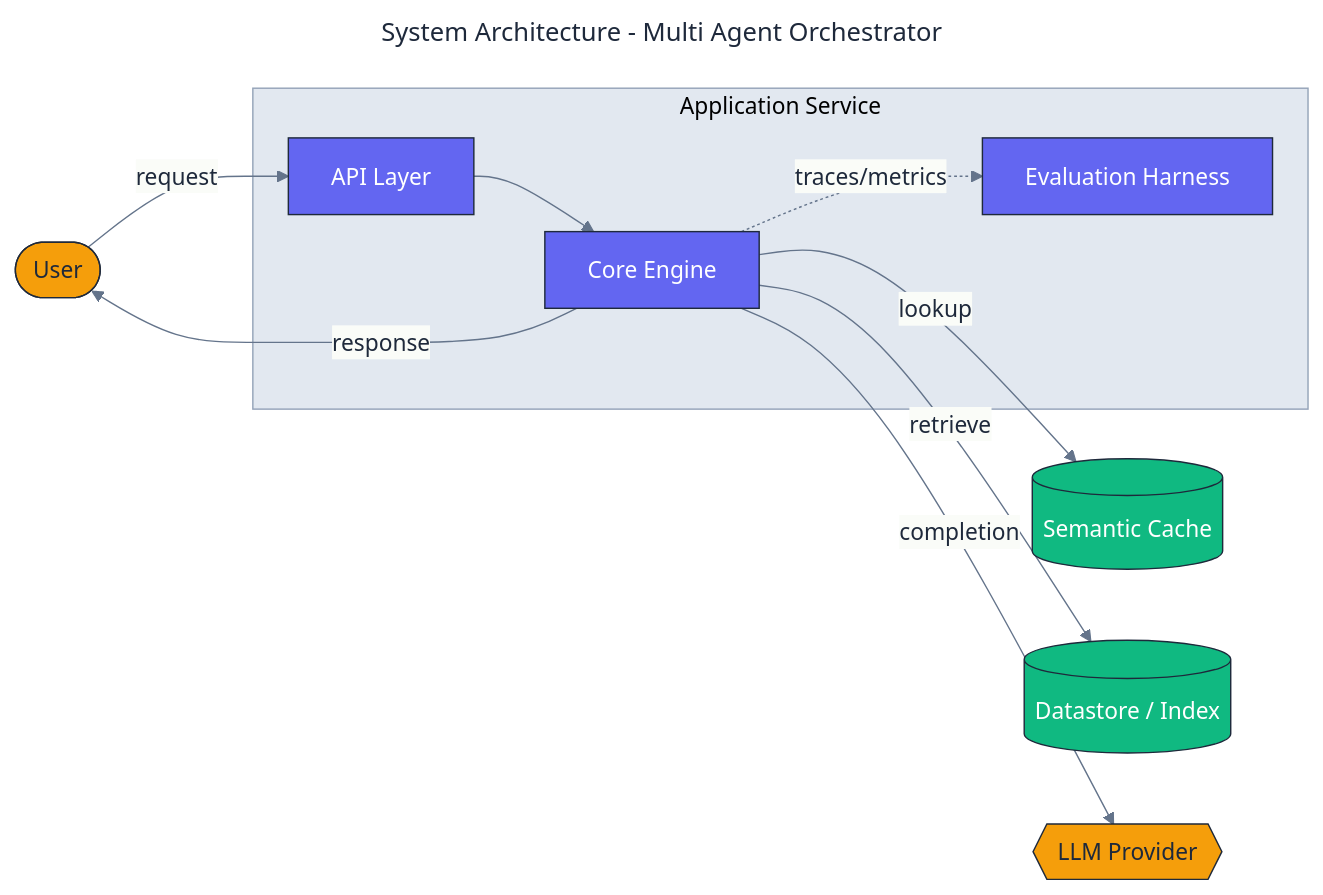
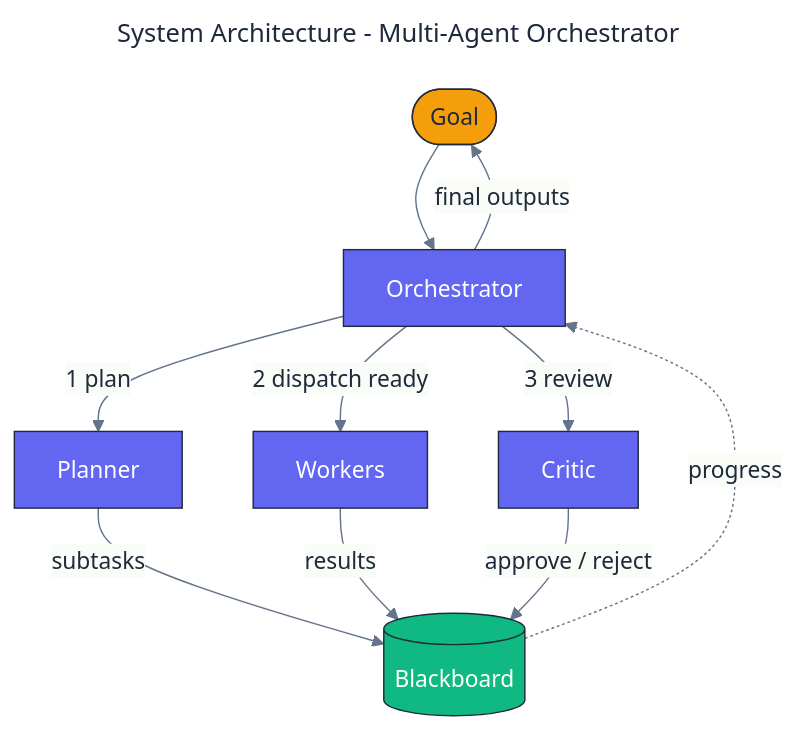
The diagram in docs/architecture/architecture.mmd (adeoluo/multi-agent-orchestrator), drawn with Mermaid before and after one commit. The commit also changed 9 other files, not shown here.

First line of the commit message:
docs: write README, architecture diagram, and responsible-AI cards

```diff
--- a/docs/architecture/architecture.mmd
+++ b/docs/architecture/architecture.mmd
@@ -1,38 +1,35 @@
 ---
-title: System Architecture - Multi Agent Orchestrator
+title: System Architecture - Multi-Agent Orchestrator
 config:
   theme: base
   themeVariables:
     fontFamily: "Inter, system-ui, sans-serif"
     primaryColor: "#F8FAFC"
     primaryBorderColor: "#1E293B"
     primaryTextColor: "#1E293B"
     lineColor: "#64748B"
     clusterBkg: "#E2E8F0"
     clusterBorder: "#94A3B8"
 ---
-flowchart LR
+flowchart TD
     classDef core     fill:#6366F1,stroke:#1E293B,color:#ffffff,stroke-width:1px;
     classDef data     fill:#10B981,stroke:#1E293B,color:#ffffff,stroke-width:1px;
     classDef external fill:#F59E0B,stroke:#1E293B,color:#1E293B,stroke-width:1px;
-    classDef danger   fill:#EF4444,stroke:#1E293B,color:#ffffff,stroke-width:1px;
 
-    User([User]):::external
+    Goal([Goal]):::external
+    Orchestrator[Orchestrator]:::core
+    Board[(Blackboard)]:::data
 
-    subgraph Application["Application Service"]
-        API[API Layer]:::core
-        Core[Core Engine]:::core
-        Evaluation[Evaluation Harness]:::core
-    end
+    Planner[Planner]:::core
+    Worker[Workers]:::core
+    Critic[Critic]:::core
 
-    Cache[(Semantic Cache)]:::data
-    Store[(Datastore / Index)]:::data
-    LLM{{LLM Provider}}:::external
-
-    User -->|request| API
-    API --> Core
-    Core -->|lookup| Cache
-    Core -->|retrieve| Store
-    Core -->|completion| LLM
-    Core -.->|traces/metrics| Evaluation
-    Core -->|response| User
+    Goal --> Orchestrator
+    Orchestrator -->|1 plan| Planner
+    Planner -->|subtasks| Board
+    Orchestrator -->|2 dispatch ready| Worker
+    Worker -->|results| Board
+    Orchestrator -->|3 review| Critic
+    Critic -->|approve / reject| Board
+    Board -.->|progress| Orchestrator
+    Orchestrator -->|final outputs| Goal
```
